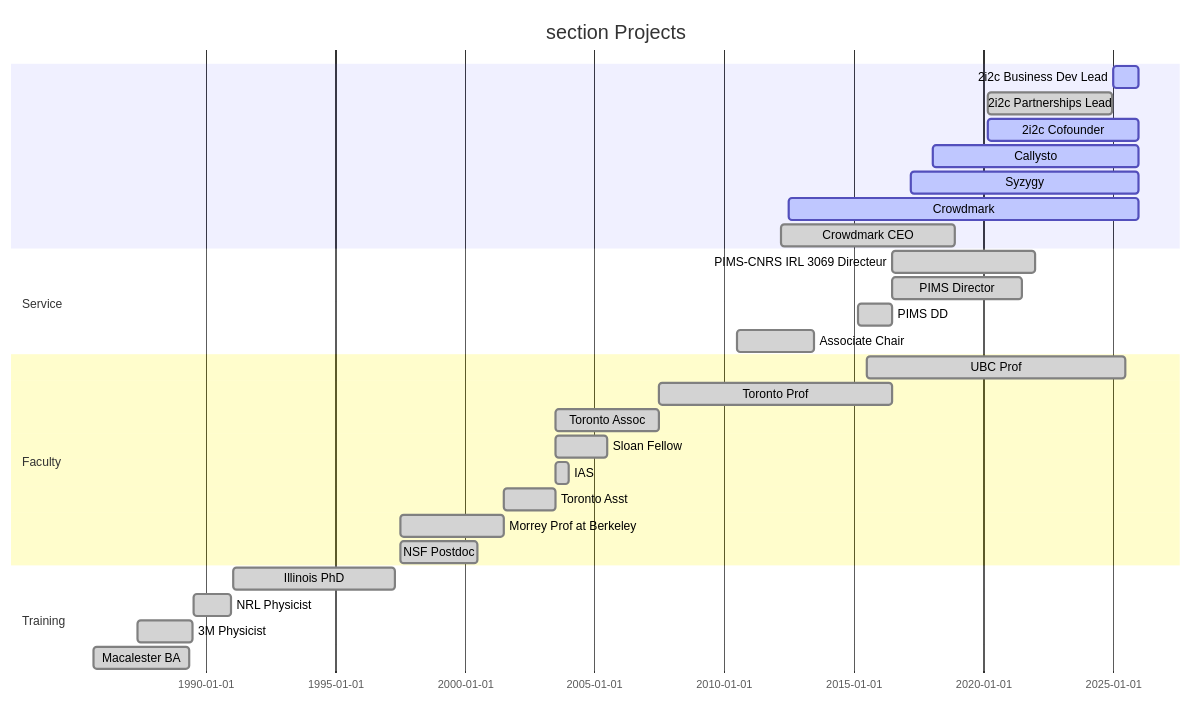
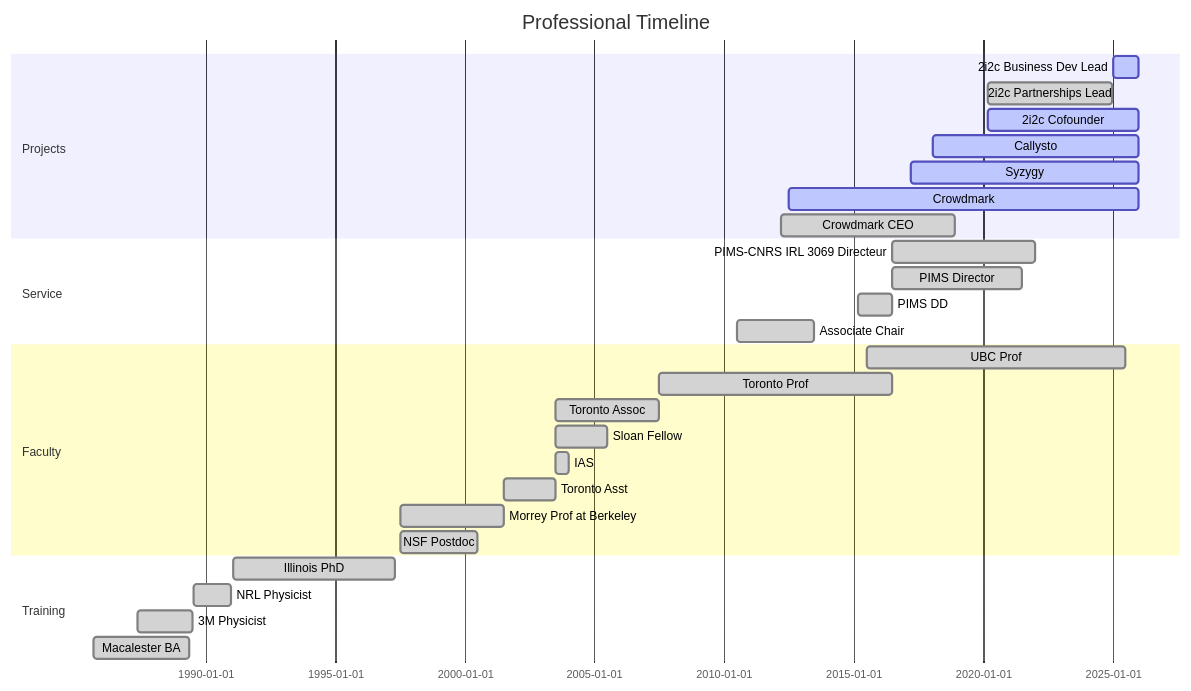
The diagram in content/home/gantt.md (colliand/colliand-academic), drawn with Mermaid before and after one commit. The commit also changed 1 other file, not shown here.

Commit message:
Update publication sharing buttons and Gantt chart labels
Publication Sharing Buttons:
- Disabled Twitter, Facebook, WhatsApp, and Weibo sharing buttons
- Kept Email and LinkedIn sharing enabled
- Aligns sharing options with professional profile links

Gantt Chart:
- Added chart title: "Professional Timeline"
- Section labels already properly configured (Projects, Service, Faculty, Training)

🤖 Generated with [Claude Code](https://claude.com/claude-code)

````diff
--- a/content/home/gantt.md
+++ b/content/home/gantt.md
@@ -14,32 +14,32 @@
 ```mermaid
 gantt
     dateFormat  YYYY-MM-DD
-    title
+    title Professional Timeline
     section Projects
     2i2c Business Dev Lead  :active, p7, 2025-01-01, 2025-12-31
     2i2c Partnerships Lead  :done, p6, 2020-03-01, 2024-12-31
     2i2c Cofounder :active, p5, 2020-03-01, 2025-12-31
     Callysto :active, p4, 2018-01-15, 2025-12-31
     Syzygy :active, p3, 2017-03-15, 2025-12-31
     Crowdmark :active, p2, 2012-06-29, 2025-12-31
     Crowdmark CEO :done, p1, 2012-03-15, 2018-12-01
     section Service
     PIMS-CNRS IRL 3069 Directeur :done, 2016-07-01, 2021-12-31
     PIMS Director :done, a4, 2016-07-01, 2021-07-01
     PIMS DD :done, a3, 2015-03-01, 2016-06-30
     Associate Chair :done, a2, 2010-07-01, 2013-06-30
     section Faculty
     UBC Prof      :done, f6, 2015-07-01, 2025-06-30
     Toronto Prof  :done, f5, 2007-07-01, 2016-06-30
     Toronto Assoc :done, f2, 2003-07-01, 2007-06-30
     Sloan Fellow  :done, f3, 2003-07-01, 2005-06-30
     IAS    :done, f4, 2003-07-01, 2003-12-31
     Toronto Asst  :done, f1, 2001-07-03, 2003-06-30
     Morrey Prof at Berkeley  :done, t5, 1997-07-01, 2001-06-30
     NSF Postdoc   :done, t6, 1997-07-01, 2000-06-30
     section Training
     Illinois PhD  :done, t4, 1991-01-15, 1997-04-15
     NRL Physicist :done, t3, 1989-07-15, 1990-12-15
     3M Physicist     :done, t2, 1987-05-15, 1989-06-30
     Macalester BA :done, t1, 1985-09-01, 1989-05-15
 ```
````
